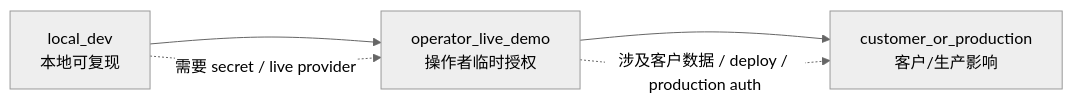
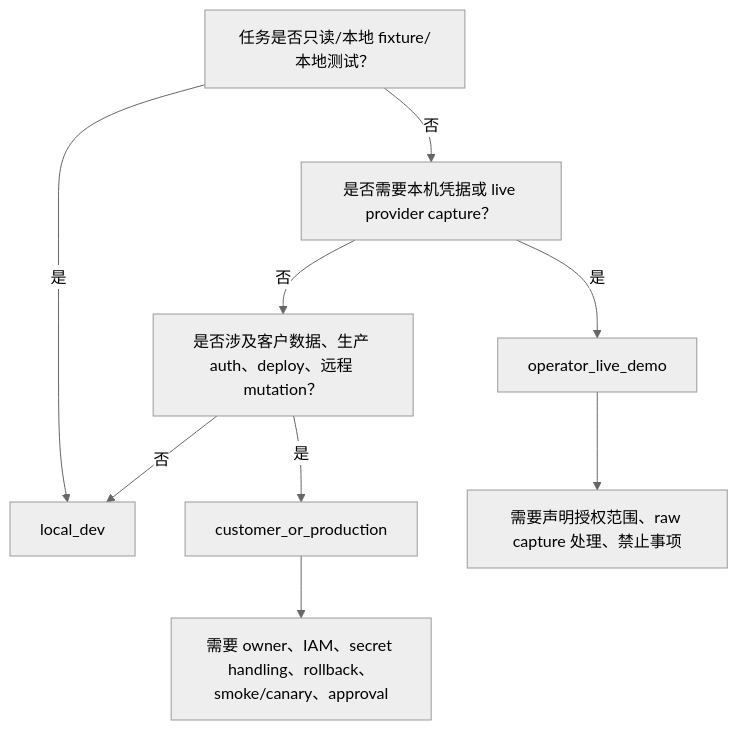
The fifth of 8 diagrams in docs/delivery-harness-framework-manual-cn.md (bryanzk/MyCodexEnv), drawn with Mermaid (neutral theme) before and after one commit. The commit also changed other lines of this file and 2 other files, not shown here.

````diff
--- a/docs/delivery-harness-framework-manual-cn.md
+++ b/docs/delivery-harness-framework-manual-cn.md
@@ -303,7 +353,11 @@
 ```mermaid
-flowchart LR
-  L["local_dev<br/>本地可复现"] --> O["operator_live_demo<br/>操作者临时授权"]
-  O --> P["customer_or_production<br/>客户/生产影响"]
-  L -. "需要 secret / live provider" .-> O
-  O -. "涉及客户数据 / deploy / production auth" .-> P
+flowchart TD
+  A["任务是否只读/本地 fixture/本地测试？"] -->|是| L["local_dev"]
+  A -->|否| B["是否需要本机凭据或 live provider capture？"]
+  B -->|是| O["operator_live_demo"]
+  B -->|否| C["是否涉及客户数据、生产 auth、deploy、远程 mutation？"]
+  C -->|是| P["customer_or_production"]
+  C -->|否| L
+  O --> D["需要声明授权范围、raw capture 处理、禁止事项"]
+  P --> E["需要 owner、IAM、secret handling、rollback、smoke/canary、approval"]
 ```
````
